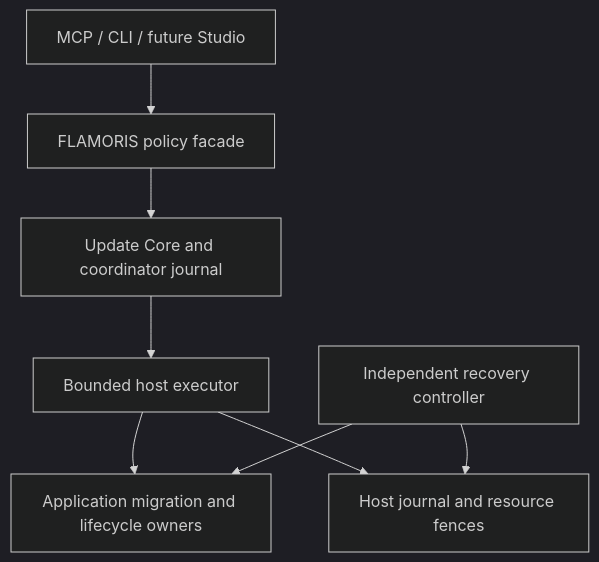
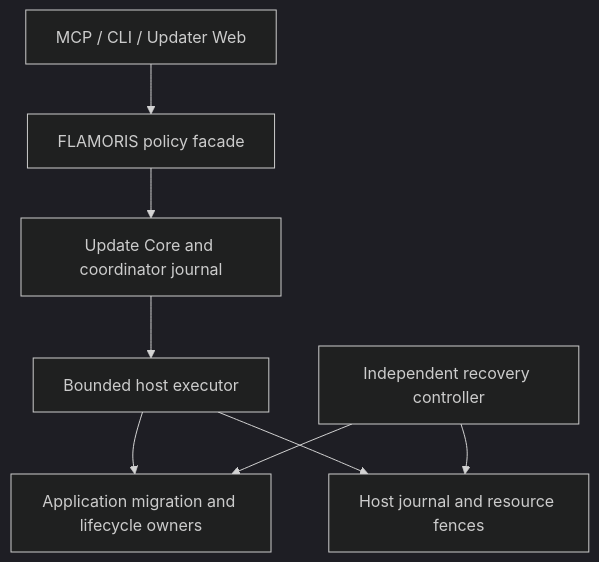
One commit to flamoris-jp/flamoris-updater changed the diagram in docs/DETAILED_DESIGN.md. Above: the diagram before and after it, drawn with Mermaid (dark theme). The commit also changed other lines of this file and 13 other files, not shown here.

Commit message:
docs: use a dedicated Updater Web UI instead of Studio integration (#3)

````diff
--- a/docs/DETAILED_DESIGN.md
+++ b/docs/DETAILED_DESIGN.md
@@ -47,10 +47,10 @@
 ```mermaid
 flowchart TD
-  C["MCP / CLI / future Studio"] --> F["FLAMORIS policy facade"]
+  C["MCP / CLI / Updater Web"] --> F["FLAMORIS policy facade"]
   F --> U["Update Core and coordinator journal"]
   U --> H["Bounded host executor"]
   H --> A["Application migration and lifecycle owners"]
   H --> J["Host journal and resource fences"]
   R["Independent recovery controller"] --> J
   R --> A
 ```
````
